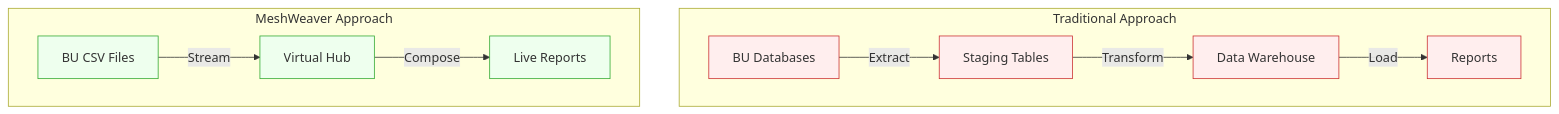
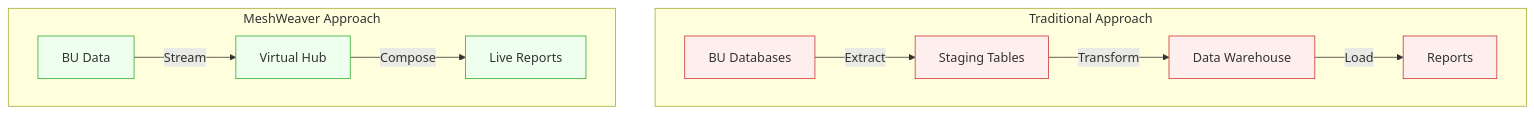
Before and after one commit to Systemorph/MeshWeaver: the second of 3 diagrams in samples/Graph/Data/FutuRe/DataDistribution.md, drawn with Mermaid. The commit also changed other lines of this file and 1 other file, not shown here.

Commit message:
Removed mentioning of csv in demo .md files (text and diagrams)

````diff
--- a/samples/Graph/Data/FutuRe/DataDistribution.md
+++ b/samples/Graph/Data/FutuRe/DataDistribution.md
@@ -67,18 +67,18 @@
 ```mermaid
 graph TD
     subgraph Traditional Approach
         T_SRC[BU Databases] -->|Extract| T_STAGE[Staging Tables]
         T_STAGE -->|Transform| T_DW[Data Warehouse]
         T_DW -->|Load| T_REPORT[Reports]
     end
 
     subgraph MeshWeaver Approach
-        M_SRC[BU CSV Files] -->|Stream| M_HUB[Virtual Hub]
+        M_SRC[BU Data] -->|Stream| M_HUB[Virtual Hub]
         M_HUB -->|Compose| M_REPORT[Live Reports]
     end
 
     classDef trad fill:#fee,stroke:#c33,color:#333
     classDef mesh fill:#efe,stroke:#3a3,color:#333
     class T_SRC,T_STAGE,T_DW,T_REPORT trad
     class M_SRC,M_HUB,M_REPORT mesh
 ```
````
